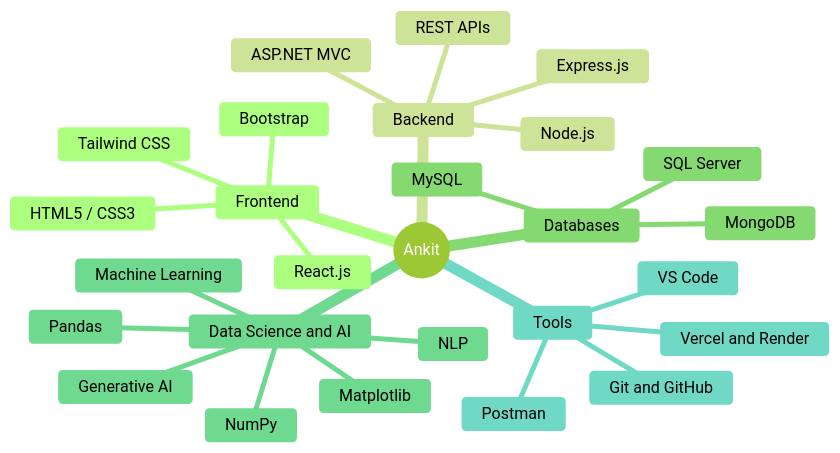
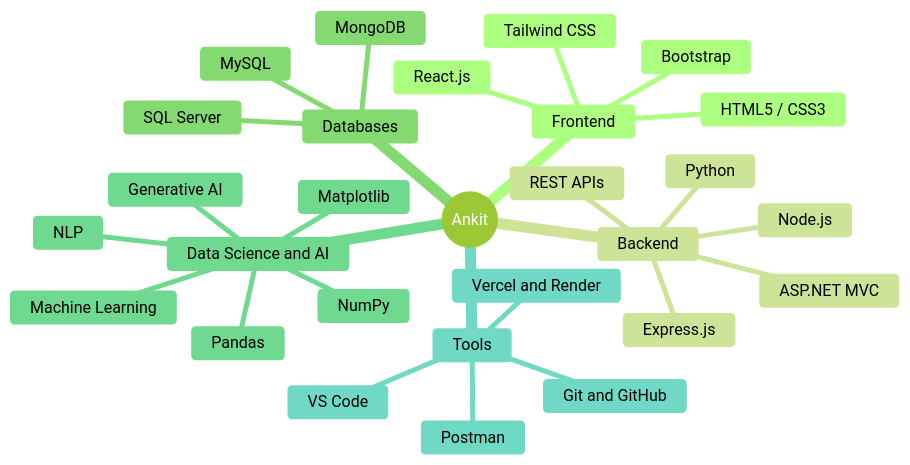
Before and after one commit to Ankit4511/Ankit4511: the second of 2 diagrams in README.md, drawn with Mermaid (forest theme). The commit also changed other lines of this file, not shown here.

````diff
--- a/README.md
+++ b/README.md
@@ -58,30 +58,31 @@
 ```mermaid
 mindmap
   root((Ankit))
     Frontend
       React.js
       Tailwind CSS
       Bootstrap
       HTML5 / CSS3
     Backend
+      Python
       Node.js
       Express.js
       ASP.NET MVC
       REST APIs
     Databases
       MongoDB
       SQL Server
       MySQL
     Data Science and AI
       NumPy
       Pandas
       Matplotlib
       Machine Learning
       NLP
       Generative AI
     Tools
       Git and GitHub
       Postman
       VS Code
       Vercel and Render
 ```
````
